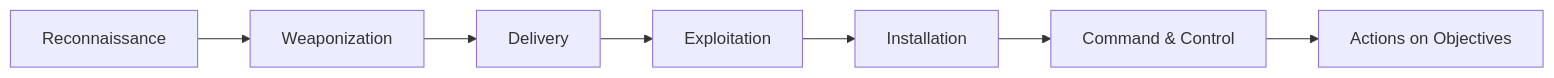
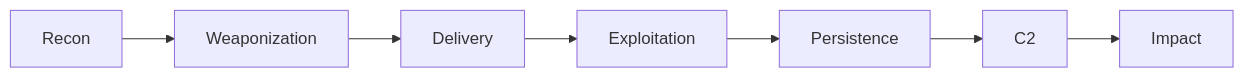
The first of 2 diagrams in README.md (K921-cyber/cybersecurity-basics), drawn with Mermaid before and after one commit. The commit also changed other lines of this file, not shown here.

````diff
--- a/README.md
+++ b/README.md
@@ -64,9 +93,9 @@
 ```mermaid
 graph LR
-    A[Reconnaissance] --> B[Weaponization]
+    A[Recon] --> B[Weaponization]
     B --> C[Delivery]
     C --> D[Exploitation]
-    D --> E[Installation]
-    E --> F[Command & Control]
-    F --> G[Actions on Objectives]
+    D --> E[Persistence]
+    E --> F[C2]
+    F --> G[Impact]
 ```
````
